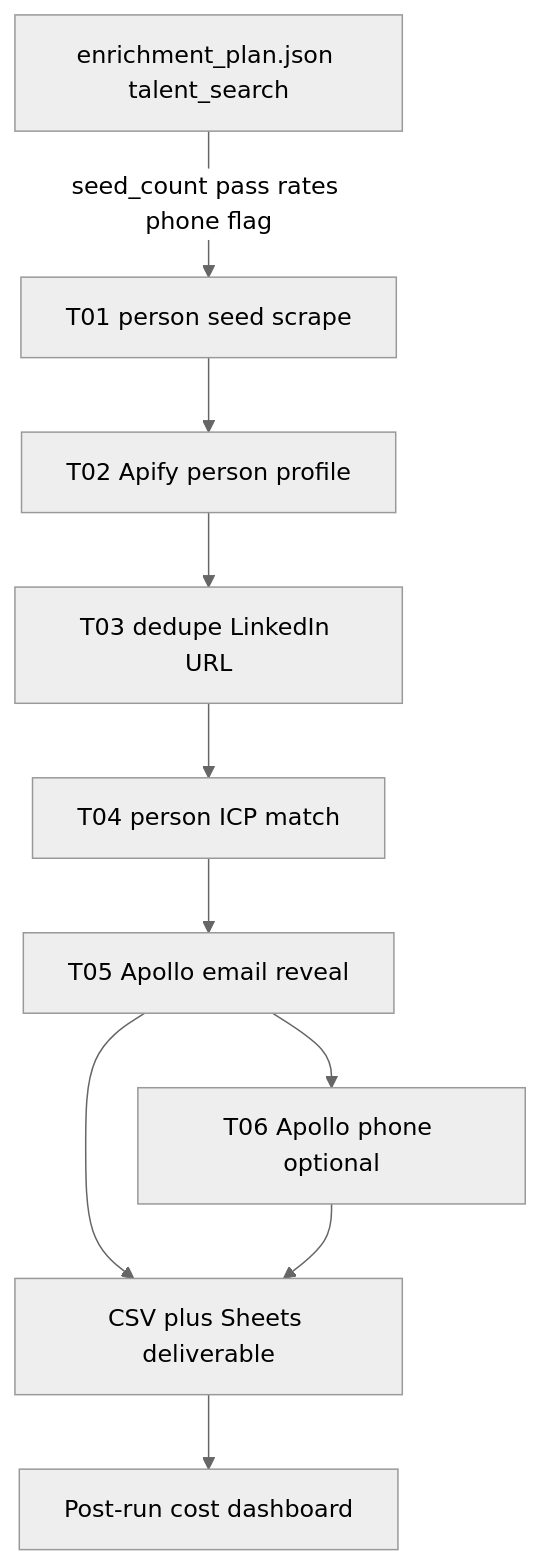
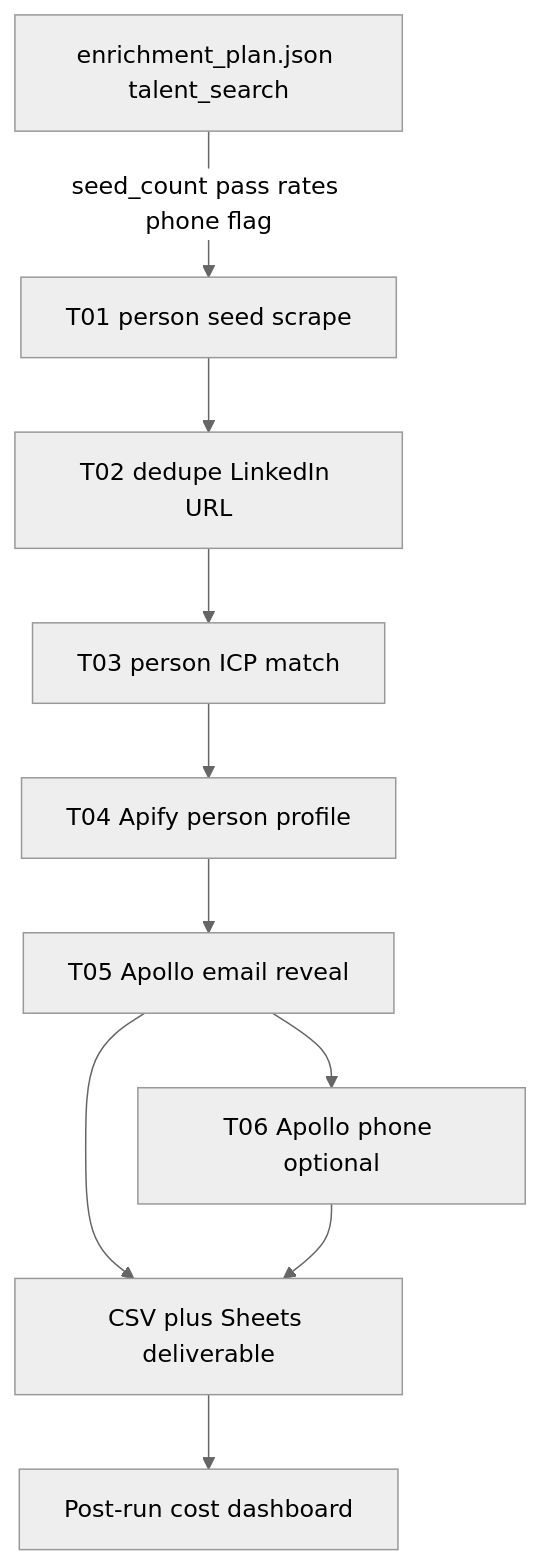
The diagram in SPEC-talent-search.md (rabino888/Lead-generation), drawn with Mermaid (neutral theme) before and after one commit. The commit also changed other lines of this file and 57 other files, not shown here.

````diff
--- a/SPEC-talent-search.md
+++ b/SPEC-talent-search.md
@@ -58,22 +60,22 @@
 ```mermaid
 flowchart TD
   Plan[enrichment_plan.json talent_search]
   Seed[T01 person seed scrape]
-  Profile[T02 Apify person profile]
-  Dedup[T03 dedupe LinkedIn URL]
-  ICP[T04 person ICP match]
+  Dedup[T02 dedupe LinkedIn URL]
+  ICP[T03 person ICP match]
+  Profile[T04 Apify person profile]
   Email[T05 Apollo email reveal]
   Phone[T06 Apollo phone optional]
   Sheet[CSV plus Sheets deliverable]
   CostPortal[Post-run cost dashboard]
 
   Plan -->|seed_count pass rates phone flag| Seed
-  Seed --> Profile
-  Profile --> Dedup
+  Seed --> Dedup
   Dedup --> ICP
-  ICP --> Email
+  ICP --> Profile
+  Profile --> Email
   Email --> Phone
   Email --> Sheet
   Phone --> Sheet
   Sheet --> CostPortal
 ```
````
